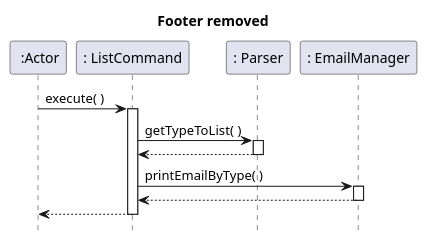
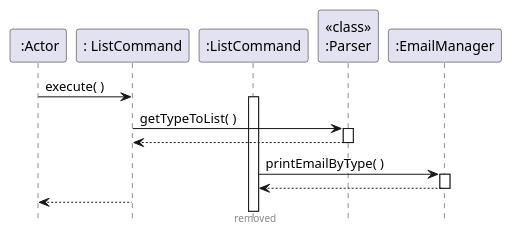
One commit to yanli1215/tp changed the diagram in docs/Sequence Diagrams/ListCommand.puml. Above: the diagram before and after it, drawn with PlantUML. The commit also changed 6 other files, not shown here.

```diff
--- a/docs/Sequence Diagrams/ListCommand.puml
+++ b/docs/Sequence Diagrams/ListCommand.puml
@@ -1,26 +1,26 @@
 @startuml
 participant " :Actor"
 
 hide footbox
-title Footer removed
+Footer removed
 
 " :Actor" -> ": ListCommand" : execute( )
-activate ": ListCommand"
+activate ":ListCommand"
 
 
-": ListCommand" -> ": Parser" : getTypeToList( )
-activate ": Parser"
+": ListCommand" -> "<<class>>\n:Parser" : getTypeToList( )
+activate "<<class>>\n:Parser"
 
-": Parser" --> ": ListCommand"
-deactivate ": Parser"
+"<<class>>\n:Parser" --> ": ListCommand"
+deactivate "<<class>>\n:Parser"
 
-": ListCommand" -> ": EmailManager" : printEmailByType( )
-activate ": EmailManager"
+":ListCommand" -> ":EmailManager" : printEmailByType( )
+activate ":EmailManager"
 
-": EmailManager" --> ": ListCommand"
-deactivate ": EmailManager"
+":EmailManager" --> ":ListCommand"
+deactivate ":EmailManager"
 
 
 
 return
 @enduml
```
